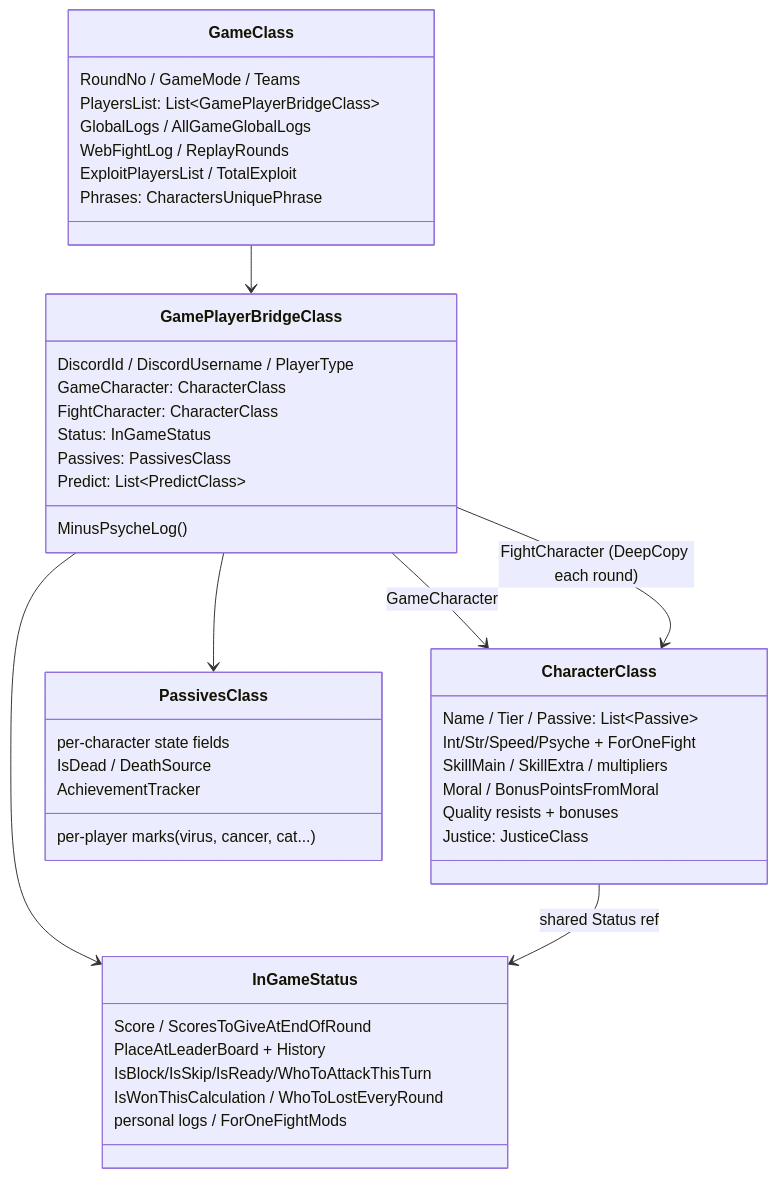
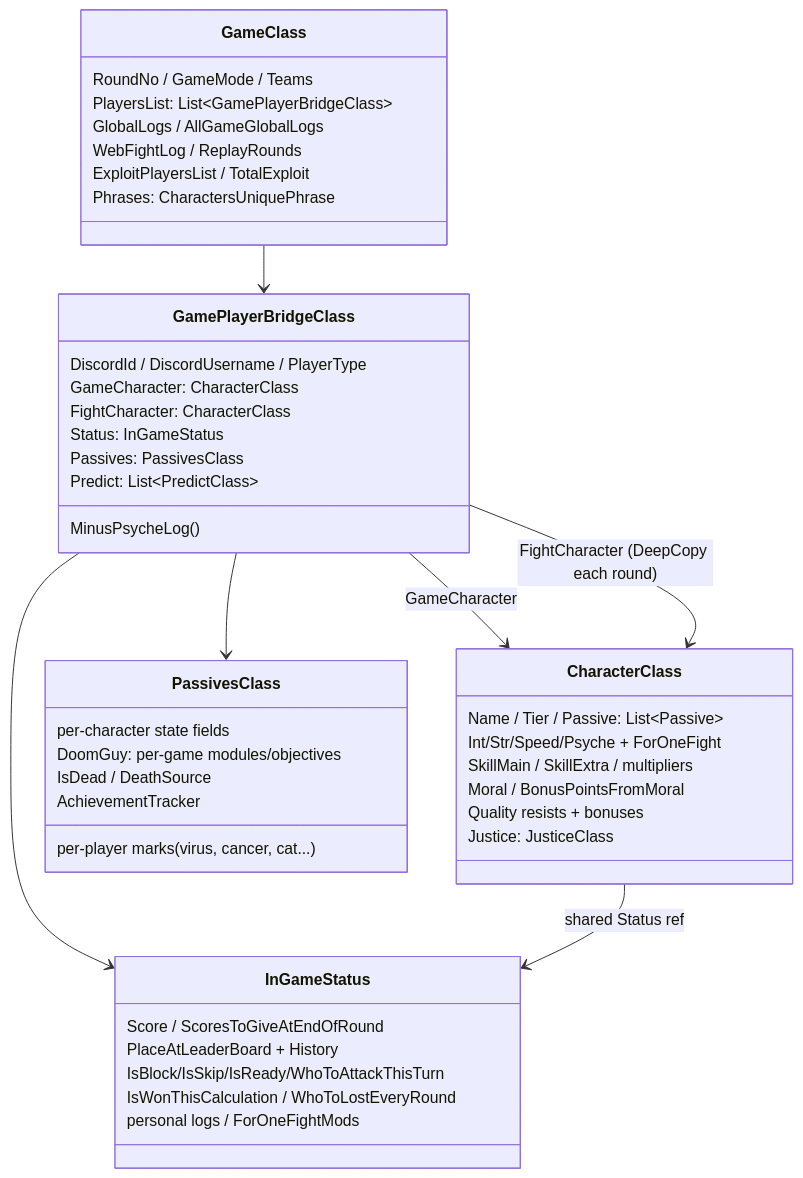
Before and after one commit to akulihin/King-of-the-Garbage-Hill: the second of 2 diagrams in docs/ARCHITECTURE.md, drawn with Mermaid. The commit also changed other lines of this file and 39 other files, not shown here.

````diff
--- a/docs/ARCHITECTURE.md
+++ b/docs/ARCHITECTURE.md
@@ -31,47 +31,48 @@
 ```mermaid
 classDiagram
     class GameClass {
         RoundNo / GameMode / Teams
         PlayersList: List~GamePlayerBridgeClass~
         GlobalLogs / AllGameGlobalLogs
         WebFightLog / ReplayRounds
         ExploitPlayersList / TotalExploit
         Phrases: CharactersUniquePhrase
     }
     class GamePlayerBridgeClass {
         DiscordId / DiscordUsername / PlayerType
         GameCharacter: CharacterClass
         FightCharacter: CharacterClass
         Status: InGameStatus
         Passives: PassivesClass
         Predict: List~PredictClass~
         MinusPsycheLog()
     }
     class CharacterClass {
         Name / Tier / Passive: List~Passive~
         Int/Str/Speed/Psyche + ForOneFight
         SkillMain / SkillExtra / multipliers
         Moral / BonusPointsFromMoral
         Quality resists + bonuses
         Justice: JusticeClass
     }
     class InGameStatus {
         Score / ScoresToGiveAtEndOfRound
         PlaceAtLeaderBoard + History
         IsBlock/IsSkip/IsReady/WhoToAttackThisTurn
         IsWonThisCalculation / WhoToLostEveryRound
         personal logs / ForOneFightMods
     }
     class PassivesClass {
         per-character state fields
+        DoomGuy: per-game modules/objectives
         per-player marks (virus, cancer, cat...)
         IsDead / DeathSource
         AchievementTracker
     }
     GameClass --> GamePlayerBridgeClass
     GamePlayerBridgeClass --> CharacterClass : GameCharacter
     GamePlayerBridgeClass --> CharacterClass : FightCharacter (DeepCopy each round)
     GamePlayerBridgeClass --> InGameStatus
     GamePlayerBridgeClass --> PassivesClass
     CharacterClass --> InGameStatus : shared Status ref
 ```
````
